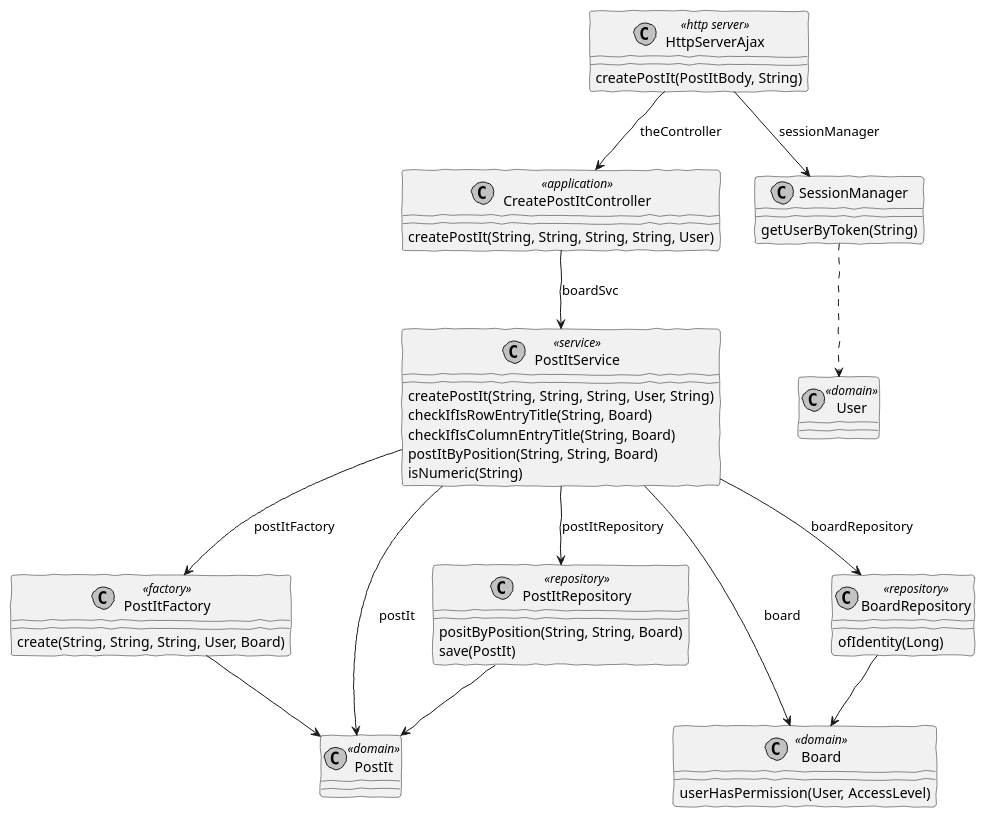
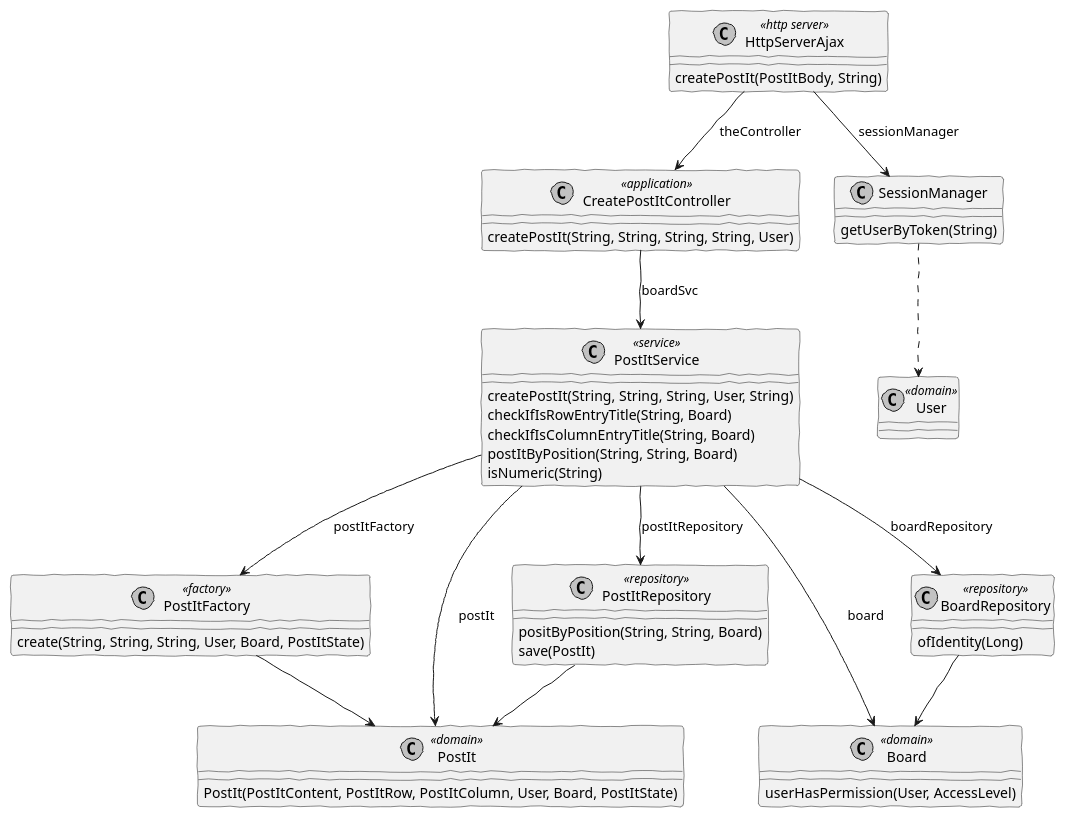
Before and after one commit to brunacosta03/sem4pi_22_23: the diagram in docs/SPRINT C/US_3006/CD/CreatePostIt-CD.puml, drawn with PlantUML. The commit also changed 18 other files, not shown here.

```diff
--- a/docs/SPRINT C/US_3006/CD/CreatePostIt-CD.puml
+++ b/docs/SPRINT C/US_3006/CD/CreatePostIt-CD.puml
@@ -1,52 +1,53 @@
 @startuml
 'http://plantuml.com/skinparam.html
 skinparam handwritten true
 skinparam monochrome true
 skinparam packageStyle rect
 skinparam defaultFontName FG Virgil
 skinparam shadowing false
 
 
 class HttpServerAjax <<http server>>
 class CreatePostItController <<application>>
 class SessionManager
 class PostItService <<service>>
 class PostItFactory <<factory>>
 class PostItRepository <<repository>>
 class BoardRepository <<repository>>
 class PostIt <<domain>>
 class User <<domain>>
 class Board <<domain>>
 
 
 HttpServerAjax --> CreatePostItController: theController
 HttpServerAjax --> SessionManager: sessionManager
 SessionManager ..> User
 CreatePostItController --> PostItService: boardSvc
 PostItService --> PostItFactory: postItFactory
 PostItService --> PostItRepository: postItRepository
 PostItService --> BoardRepository: boardRepository
 PostItFactory --> PostIt
 PostItRepository --> PostIt
 BoardRepository --> Board
 PostItService --> PostIt: postIt
 PostItService --> Board: board
 
 
 
 HttpServerAjax : createPostIt(PostItBody, String)
 SessionManager : getUserByToken(String)
 CreatePostItController : createPostIt(String, String, String, String, User)
 PostItService : createPostIt(String, String, String, User, String)
 PostItService : checkIfIsRowEntryTitle(String, Board)
 PostItService : checkIfIsColumnEntryTitle(String, Board)
 PostItService : postItByPosition(String, String, Board)
 PostItService : isNumeric(String)
-PostItFactory : create(String, String, String, User, Board)
+PostItFactory : create(String, String, String, User, Board, PostItState)
 Board : userHasPermission(User, AccessLevel)
 PostItRepository : positByPosition(String, String, Board)
 PostItRepository : save(PostIt)
 BoardRepository : ofIdentity(Long)
+PostIt : PostIt(PostItContent, PostItRow, PostItColumn, User, Board, PostItState)
 
 
 @enduml
```
